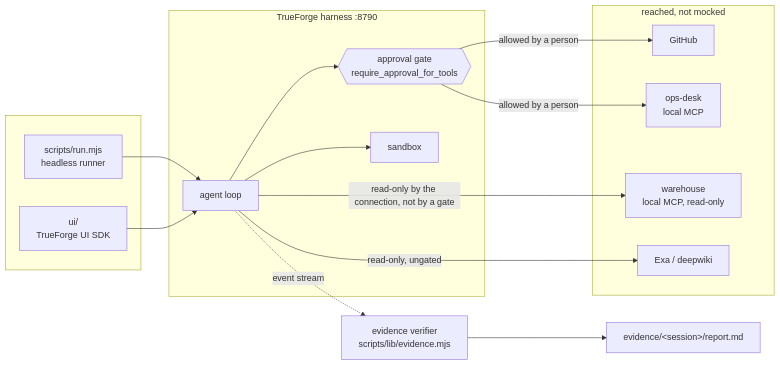
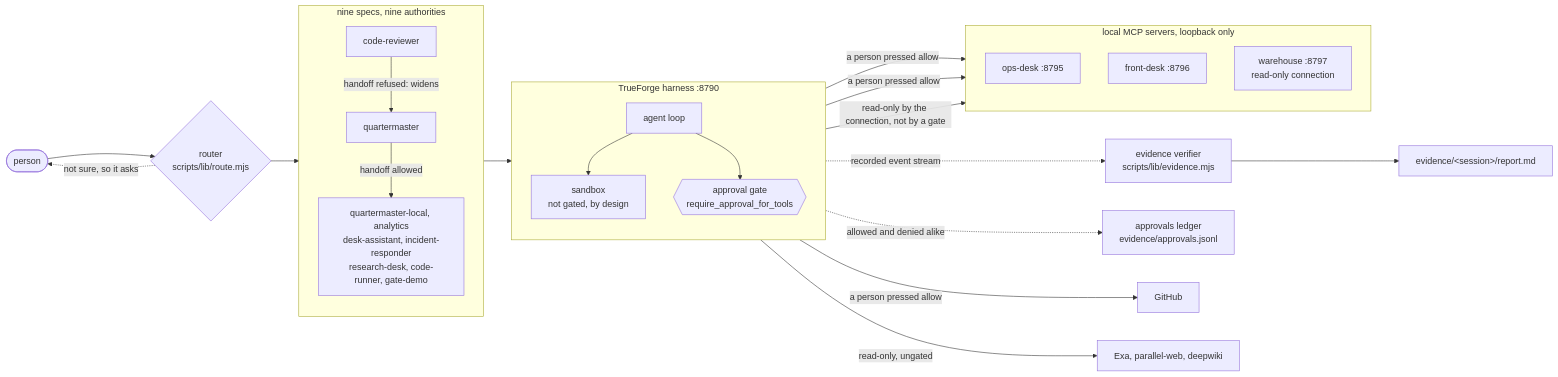
The first of 4 diagrams in ARCHITECTURE.md (manumishra12/quartermaster), drawn with Mermaid before and after one commit. The commit also changed other lines of this file and 1 other file, not shown here.

````diff
--- a/ARCHITECTURE.md
+++ b/ARCHITECTURE.md
@@ -10,31 +10,49 @@
 ```mermaid
 flowchart LR
-  subgraph you[" "]
-    CLI["scripts/run.mjs<br/>headless runner"]
-    UI["ui/<br/>TrueForge UI SDK"]
+  P(["person"])
+  RT{"router<br/>scripts/lib/route.mjs"}
+
+  subgraph fleet["nine specs, nine authorities"]
+    direction TB
+    CR["code-reviewer"]
+    QM["quartermaster"]
+    REST["quartermaster-local, analytics<br/>desk-assistant, incident-responder<br/>research-desk, code-runner, gate-demo"]
   end
 
   subgraph harness["TrueForge harness :8790"]
+    direction TB
     LOOP["agent loop"]
+    SBX["sandbox<br/>not gated, by design"]
     GATE{{"approval gate<br/>require_approval_for_tools"}}
-    SBX["sandbox"]
   end
 
-  subgraph outside["reached, not mocked"]
-    GH["GitHub"]
-    OPS["ops-desk<br/>local MCP"]
-    WH["warehouse<br/>local MCP, read-only"]
-    WEB["Exa / deepwiki"]
+  subgraph local["local MCP servers, loopback only"]
+    direction TB
+    OPS["ops-desk :8795"]
+    FD["front-desk :8796"]
+    WH["warehouse :8797<br/>read-only connection"]
   end
 
-  CLI --> LOOP
-  UI --> LOOP
+  EV["evidence verifier<br/>scripts/lib/evidence.mjs"]
+  LED["approvals ledger<br/>evidence/approvals.jsonl"]
+  REP["evidence/&lt;session&gt;/report.md"]
+  GH["GitHub"]
+  WEB["Exa, parallel-web, deepwiki"]
+
+  P --> RT
+  RT -.->|"not sure, so it asks"| P
+  RT --> fleet
+  CR -->|"handoff refused: widens"| QM
+  QM -->|"handoff allowed"| REST
+  fleet --> LOOP
   LOOP --> SBX
   LOOP --> GATE
-  GATE -->|"allowed by a person"| GH
-  GATE -->|"allowed by a person"| OPS
+  GATE -->|"a person pressed allow"| GH
+  GATE -->|"a person pressed allow"| OPS
+  GATE -->|"a person pressed allow"| FD
   LOOP -->|"read-only, ungated"| WEB
   LOOP -->|"read-only by the connection, not by a gate"| WH
-  LOOP -.->|"event stream"| EV["evidence verifier<br/>scripts/lib/evidence.mjs"]
-  EV --> REP["evidence/&lt;session&gt;/report.md"]
+  GATE -.->|"allowed and denied alike"| LED
+  LOOP -.->|"recorded event stream"| EV
+  EV --> REP
 ```
````
